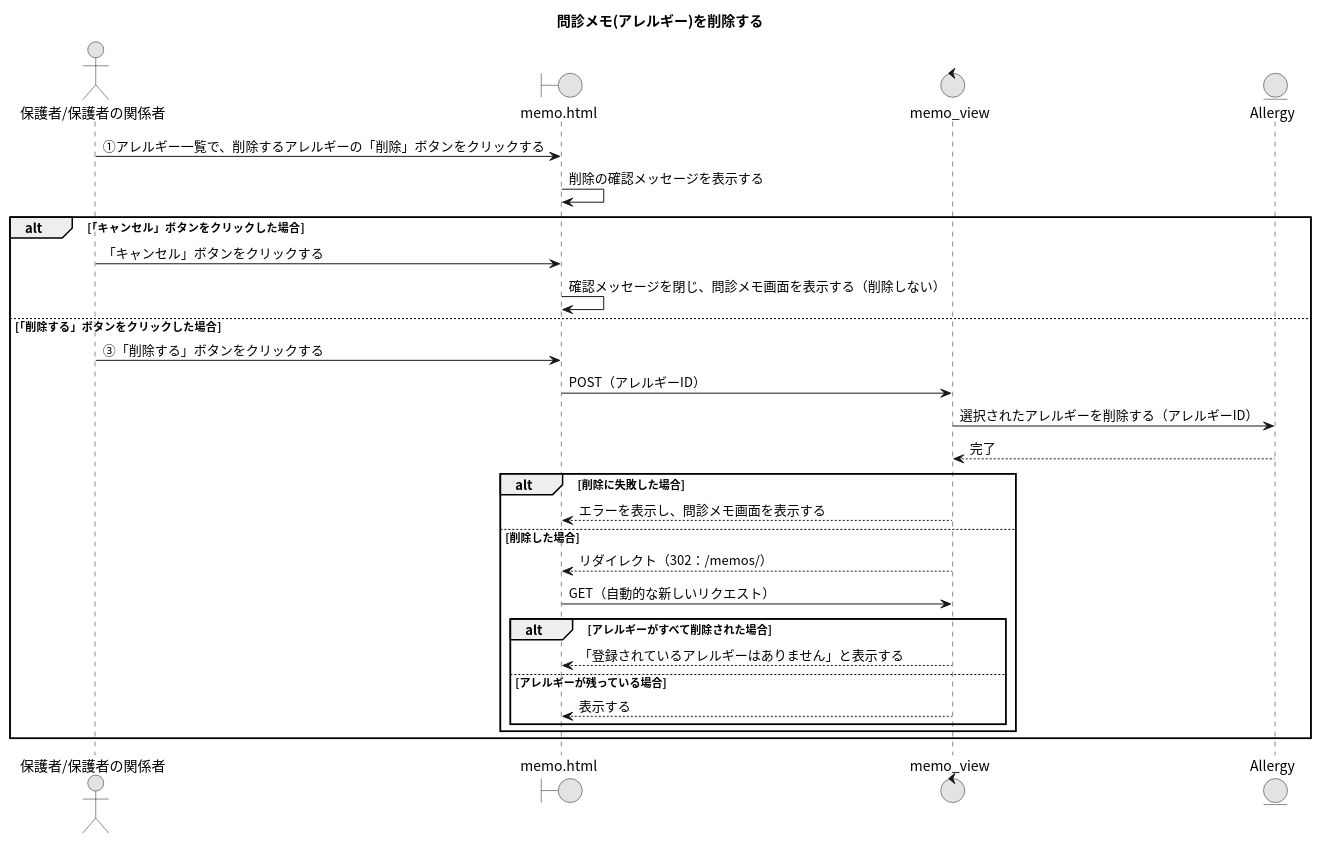
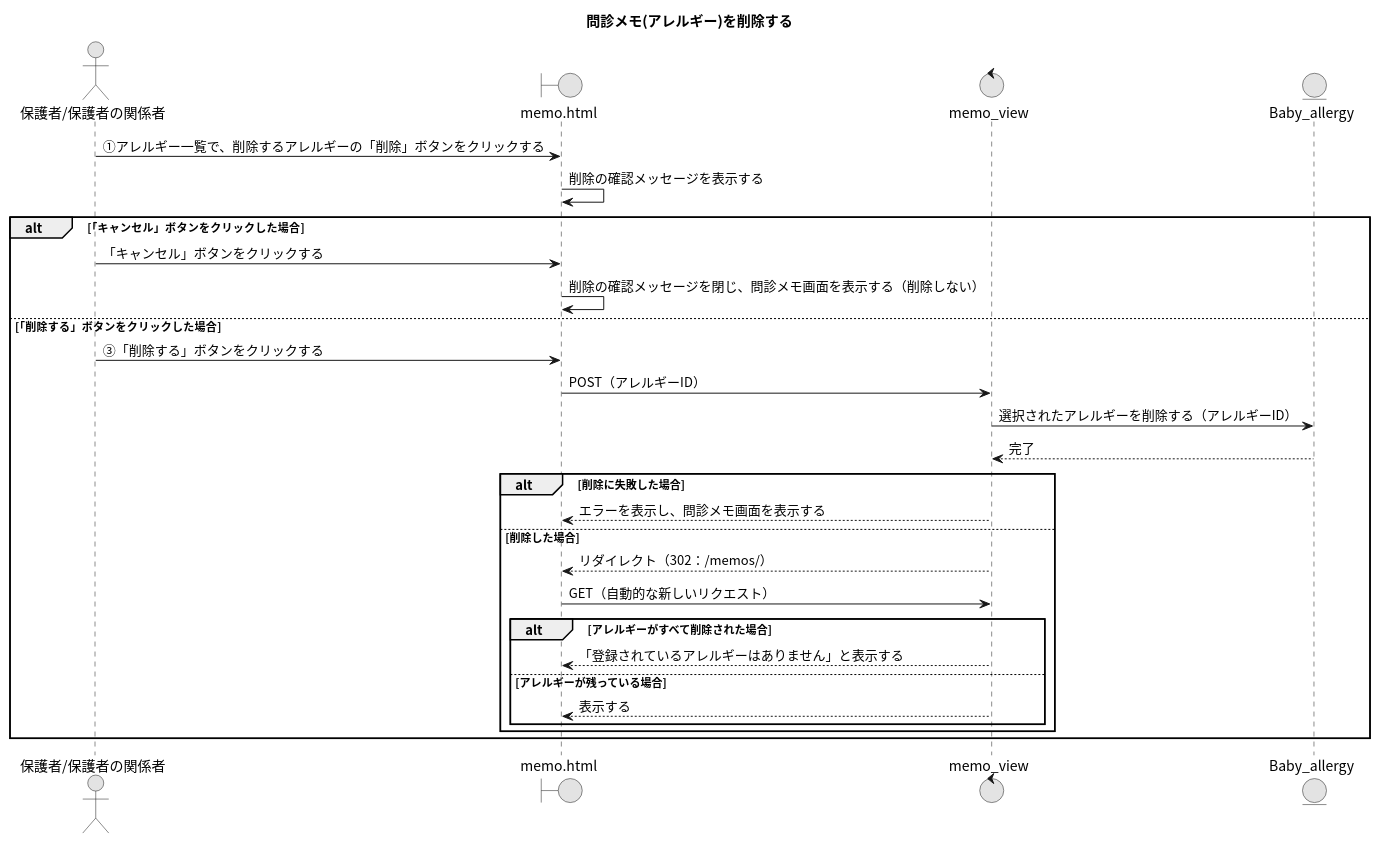
The diagram in 18_問診メモ(アレルギー)を削除する.puml (Ma2naga190330/26_sotugyou_puml), drawn with PlantUML before and after one commit. The commit also changed 2 other files, not shown here.

```diff
--- a/18_問診メモ(アレルギー)を削除する.puml
+++ b/18_問診メモ(アレルギー)を削除する.puml
@@ -1,34 +1,34 @@
 @startuml
 title 問診メモ(アレルギー)を削除する
 skinparam defaultFontName "Noto Sans CJK JP"
 skinparam monochrome true
 
 actor "保護者/保護者の関係者" as A
 boundary "memo.html" as MP
 control "memo_view" as MV
-entity "Allergy" as AM
+entity "Baby_allergy" as BAM
 
 A -> MP : ①アレルギー一覧で、削除するアレルギーの「削除」ボタンをクリックする
 MP -> MP : 削除の確認メッセージを表示する
 
 alt 「キャンセル」ボタンをクリックした場合
   A -> MP : 「キャンセル」ボタンをクリックする
-  MP -> MP : 確認メッセージを閉じ、問診メモ画面を表示する（削除しない）
+  MP -> MP : 削除の確認メッセージを閉じ、問診メモ画面を表示する（削除しない）
 else 「削除する」ボタンをクリックした場合
   A -> MP : ③「削除する」ボタンをクリックする
   MP -> MV : POST（アレルギーID）
-  MV -> AM : 選択されたアレルギーを削除する（アレルギーID）
-  MV <-- AM : 完了
+  MV -> BAM : 選択されたアレルギーを削除する（アレルギーID）
+  MV <-- BAM : 完了
   alt 削除に失敗した場合
     MV --> MP : エラーを表示し、問診メモ画面を表示する
   else 削除した場合
     MV --> MP : リダイレクト（302：/memos/）
     MP -> MV : GET（自動的な新しいリクエスト）
     alt アレルギーがすべて削除された場合
       MV --> MP : 「登録されているアレルギーはありません」と表示する
     else アレルギーが残っている場合
       MV --> MP : 表示する
     end
   end
 end
 @enduml
```
